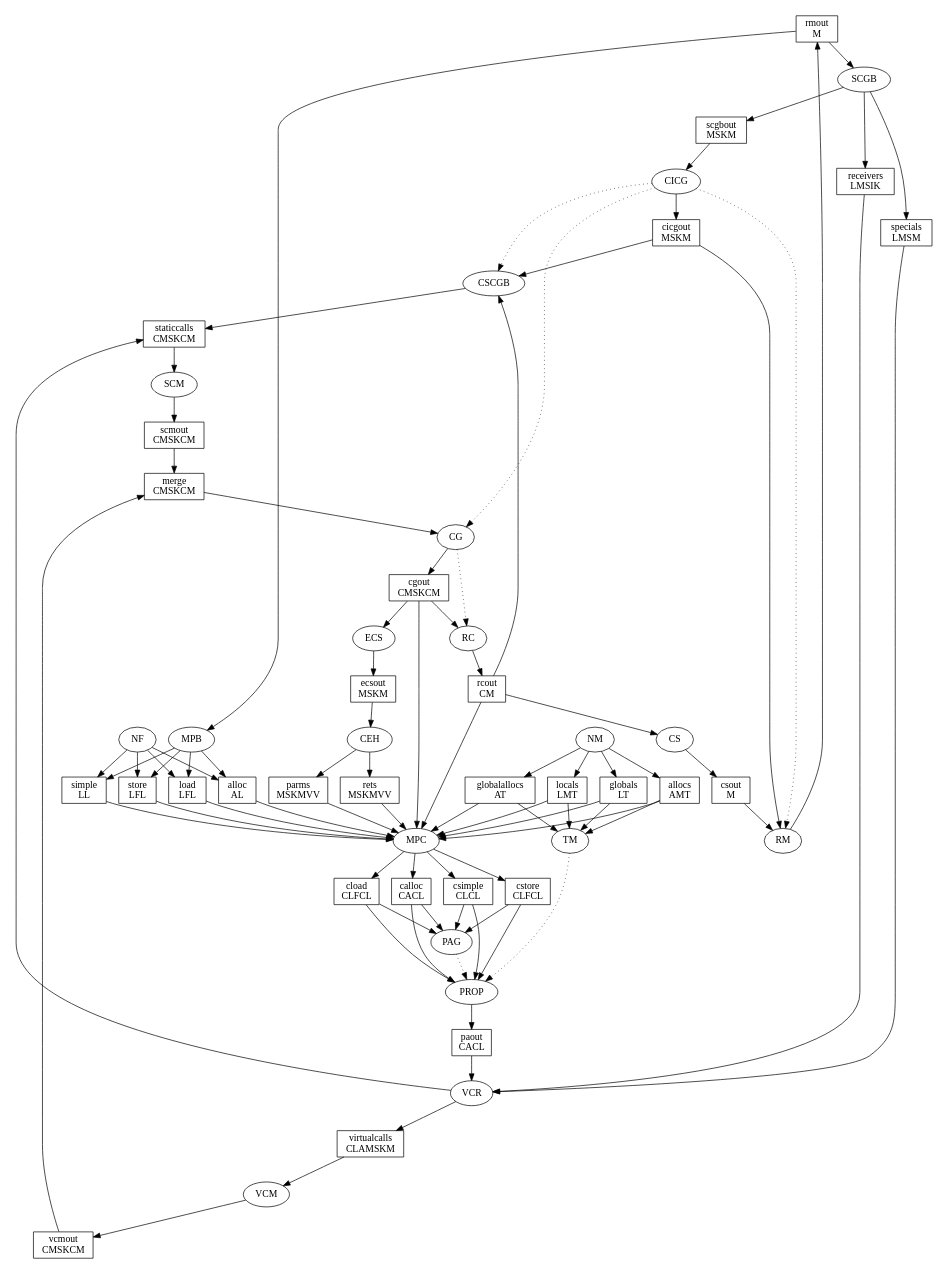
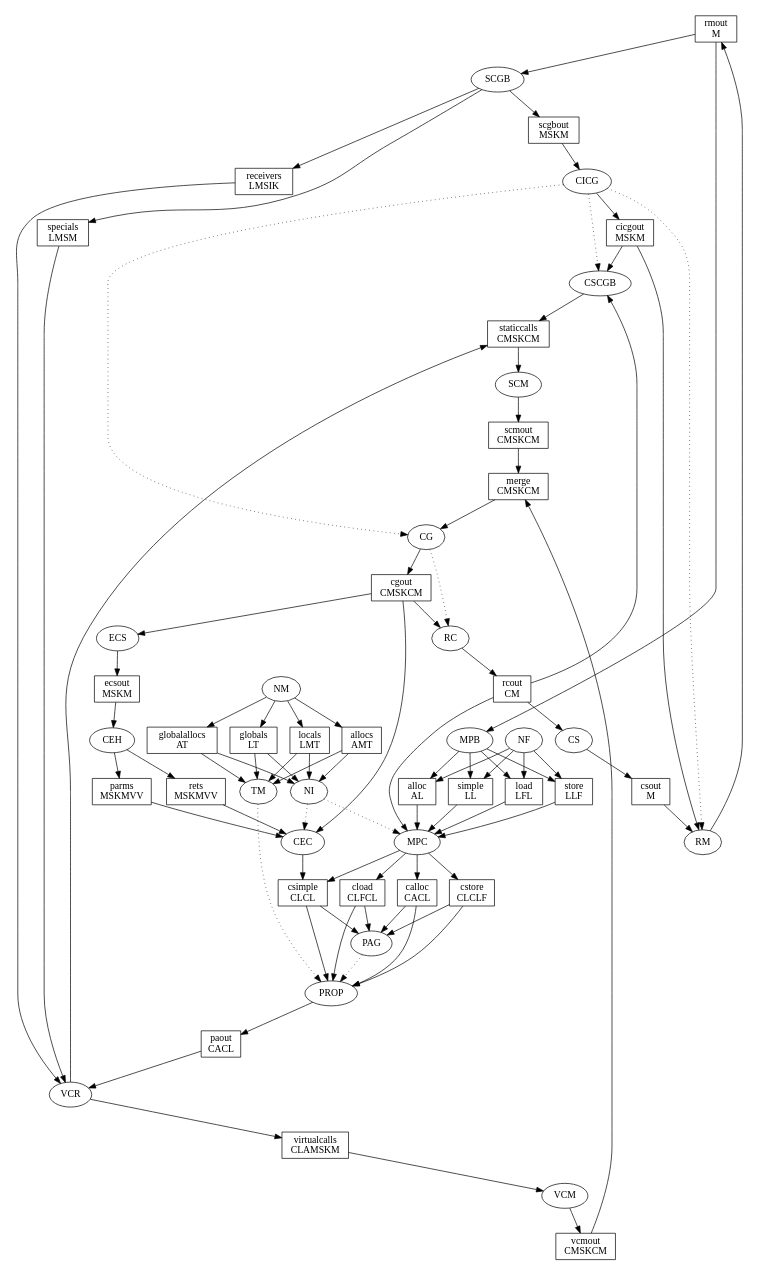
Before and after one commit to insightfullogic/insightfullogic-soot: the diagram in src/soot/jimple/paddle/overview.dot, drawn with Graphviz. The commit also changed 198 other files, not shown here.

```diff
--- a/src/soot/jimple/paddle/overview.dot
+++ b/src/soot/jimple/paddle/overview.dot
@@ -1,136 +1,143 @@
 digraph overview {
     size="7.5,10";
     mclimit=100.0;
     nslimit=100.0;
     node [shape=box];
 
 
     rmout [label="rmout\nM"];
     scgbout [label="scgbout\nMSKM"];
     receivers [label="receivers\nLMSIK"];
     specials [label="specials\nLMSM"];
     cicgout [label="cicgout\nMSKM"];
 
     staticcalls [label="staticcalls\nCMSKCM"];
     scmout [label="scmout\nCMSKCM"];
     cgout [label="cgout\nCMSKCM"];
     ecsout [label="ecsout\nMSKM"];
     rcout [label="rcout\nCM"];
     csout [label="csout\nM"];
     parms [label="parms\nMSKMVV"];
     rets [label="rets\nMSKMVV"];
 
     merge [label="merge\nCMSKCM"];
 
     locals [label="locals\nLMT"];
     globals [label="globals\nLT"];
     localallocs [label="allocs\nAMT"];
     globalallocs [label="globalallocs\nAT"];
 
     simple [label="simple\nLL"];
-    store [label="store\nLFL"];
+    store [label="store\nLLF"];
     load [label="load\nLFL"];
     alloc [label="alloc\nAL"];
 
     csimple [label="csimple\nCLCL"];
-    cstore [label="cstore\nCLFCL"];
+    cstore [label="cstore\nCLCLF"];
     cload [label="cload\nCLFCL"];
     calloc [label="calloc\nCACL"];
 
     paout [label="paout\nCACL"];
 
     virtualcalls [label="virtualcalls\nCLAMSKM"];
 
     vcmout [label="vcmout\nCMSKCM"];
 
     node [shape=ellipse];
 
     NM -> locals;
     NM -> globals;
     NM -> localallocs;
     NM -> globalallocs;
 
     scgbout -> CICG -> cicgout;
     cicgout -> RM -> rmout;
     CICG -> RM [style=dotted];
 
     rmout -> SCGB -> scgbout;
     SCGB -> receivers;
     SCGB -> specials;
 
     scmout -> merge;
     vcmout -> merge;
     merge -> CG -> cgout;
     CICG -> CG [style=dotted];
 
     cgout -> RC -> rcout;
     CG -> RC [style=dotted];
 
     rcout -> CS -> csout;
     csout -> RM;
 
     rcout -> CSCGB -> staticcalls;
     cicgout -> CSCGB;
     CICG -> CSCGB [style=dotted];
 
     rmout -> MPB;
     MPB -> simple;
     MPB -> store;
     MPB -> load;
     MPB -> alloc;
 
+    locals -> NI;
+    globals -> NI;
+    localallocs -> NI;
+    globalallocs -> NI;
+
     simple -> MPC;
     store -> MPC;
     load -> MPC;
     alloc -> MPC;
-    locals -> MPC;
-    globals -> MPC;
-    localallocs -> MPC;
-    globalallocs -> MPC;
     rcout -> MPC;
-    parms -> MPC;
-    rets -> MPC;
-    cgout -> MPC;
+
     MPC -> csimple;
     MPC -> cstore;
     MPC -> cload;
     MPC -> calloc;
+
+    parms -> CEC;
+    rets -> CEC;
+    cgout -> CEC;
+    CEC -> csimple;
+
+    NI -> MPC [style=dotted];
+    NI -> CEC [style=dotted];
 
     csimple -> PAG;
     cload -> PAG;
     cstore -> PAG;
     calloc -> PAG;
 
     csimple -> PROP;
     cload -> PROP;
     cstore -> PROP;
     calloc -> PROP;
     PROP -> paout;
     PAG -> PROP [style=dotted];
 
     receivers -> VCR;
     specials -> VCR;
     paout -> VCR;
     VCR -> virtualcalls;
     VCR -> staticcalls;
 
     virtualcalls -> VCM -> vcmout;
 
     staticcalls -> SCM -> scmout;
 
     cgout -> ECS -> ecsout;
 
     ecsout -> CEH -> parms;
     CEH -> rets;
 
     NF -> simple;
     NF -> load;
     NF -> store;
     NF -> alloc;
 
     locals -> TM;
     globals -> TM;
     localallocs -> TM;
     globalallocs -> TM;
     TM -> PROP [style=dotted];
 }
```
